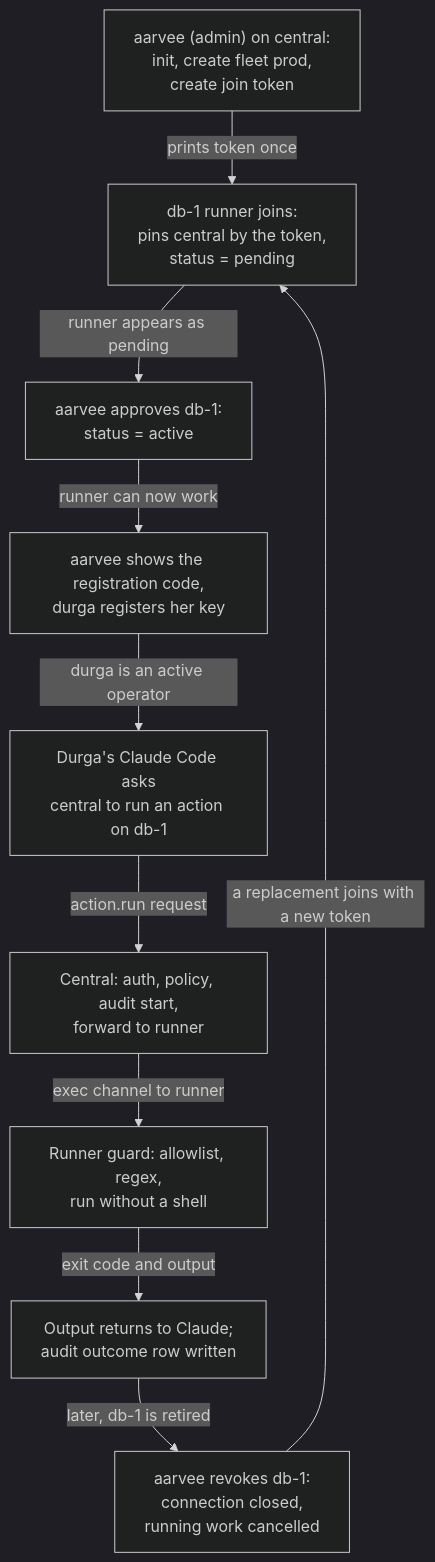
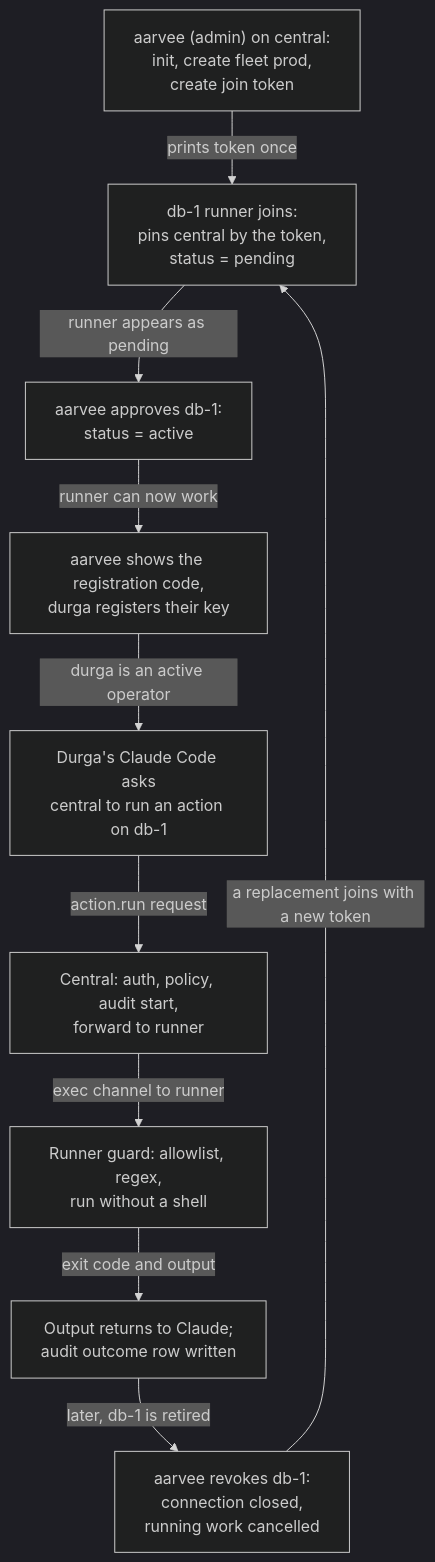
The diagram in docs/guide/01-what-is-mirafleet.md (mirastacklabs-ai/mirafleet), drawn with Mermaid (dark theme) before and after one commit. The commit also changed other lines of this file and 24 other files, not shown here.

First line of the commit message:
docs: apply the MIRASTACK LABS cast to the guide, README and diagrams

````diff
--- a/docs/guide/01-what-is-mirafleet.md
+++ b/docs/guide/01-what-is-mirafleet.md
@@ -278,22 +284,22 @@
 ```mermaid
 flowchart TD
     A["aarvee (admin) on central:<br/>init, create fleet prod,<br/>create join token"]
     B["db-1 runner joins:<br/>pins central by the token,<br/>status = pending"]
     C["aarvee approves db-1:<br/>status = active"]
-    D["aarvee shows the registration code,<br/>durga registers her key"]
+    D["aarvee shows the registration code,<br/>durga registers their key"]
     E["Durga's Claude Code asks<br/>central to run an action on db-1"]
     F["Central: auth, policy, audit start,<br/>forward to runner"]
     G["Runner guard: allowlist, regex,<br/>run without a shell"]
     H["Output returns to Claude;<br/>audit outcome row written"]
     I["aarvee revokes db-1:<br/>connection closed,<br/>running work cancelled"]
 
     A -->|"prints token once"| B
     B -->|"runner appears as pending"| C
     C -->|"runner can now work"| D
     D -->|"durga is an active operator"| E
     E -->|"action.run request"| F
     F -->|"exec channel to runner"| G
     G -->|"exit code and output"| H
     H -->|"later, db-1 is retired"| I
     I -->|"a replacement joins with a new token"| B
 ```
````
